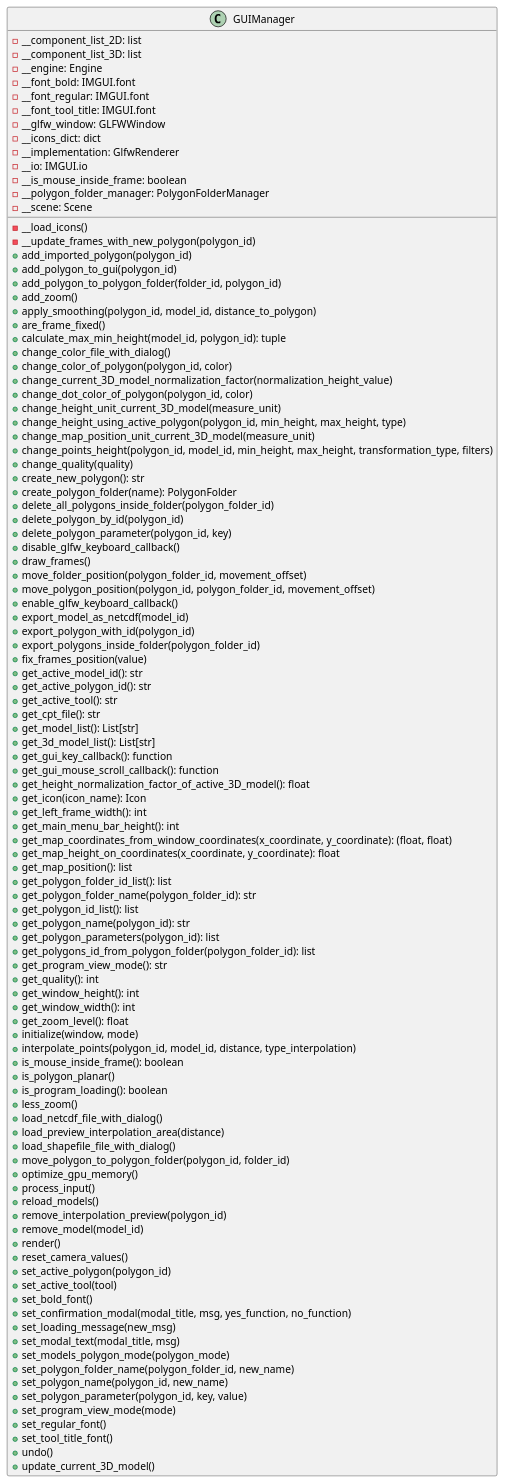
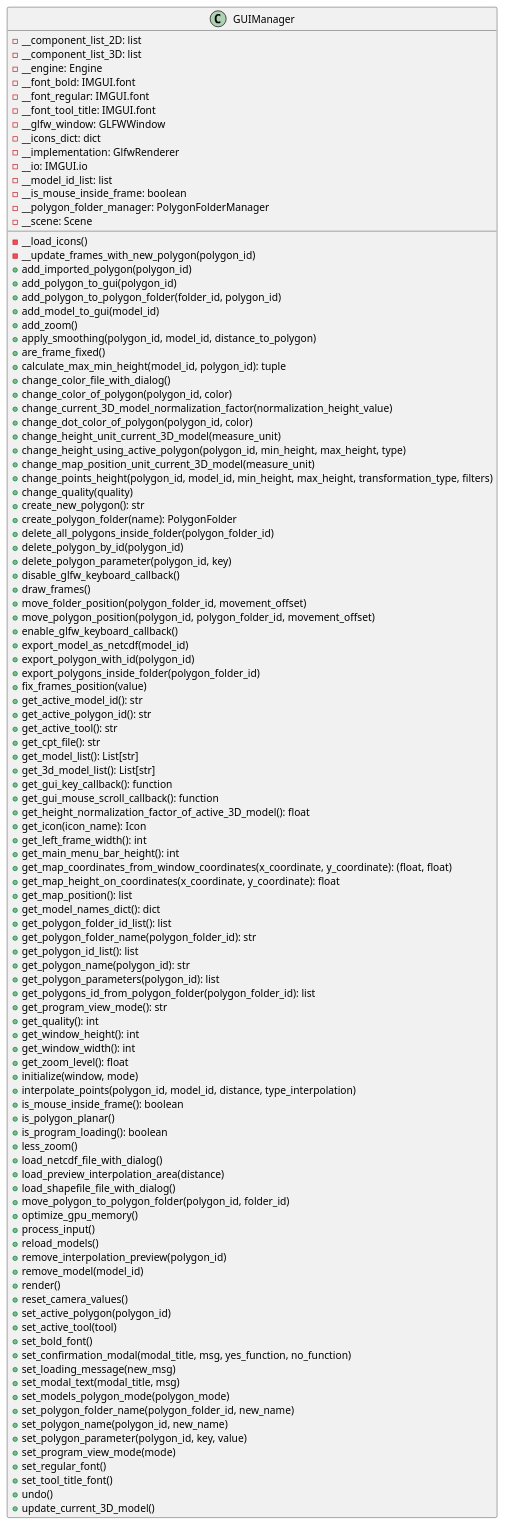
One commit to ferpoble2/Relief_Creator changed the diagram in docs/classes/GUIManager.puml. Above: the diagram before and after it, drawn with PlantUML. The commit also changed 3 other files, not shown here.

First line of the commit message:
Added method add_model_to_gui.

```diff
--- a/docs/classes/GUIManager.puml
+++ b/docs/classes/GUIManager.puml
@@ -1,109 +1,112 @@
 @startuml
 'https://plantuml.com/class-diagram
 class GUIManager{
     - __component_list_2D: list
     - __component_list_3D: list
     - __engine: Engine
     - __font_bold: IMGUI.font
     - __font_regular: IMGUI.font
     - __font_tool_title: IMGUI.font
     - __glfw_window: GLFWWindow
     - __icons_dict: dict
     - __implementation: GlfwRenderer
     - __io: IMGUI.io
+    - __model_id_list: list
     - __is_mouse_inside_frame: boolean
     - __polygon_folder_manager: PolygonFolderManager
     - __scene: Scene
 
     - __load_icons()
     - __update_frames_with_new_polygon(polygon_id)
     + add_imported_polygon(polygon_id)
     + add_polygon_to_gui(polygon_id)
     + add_polygon_to_polygon_folder(folder_id, polygon_id)
+    + add_model_to_gui(model_id)
     + add_zoom()
     + apply_smoothing(polygon_id, model_id, distance_to_polygon)
     + are_frame_fixed()
     + calculate_max_min_height(model_id, polygon_id): tuple
     + change_color_file_with_dialog()
     + change_color_of_polygon(polygon_id, color)
     + change_current_3D_model_normalization_factor(normalization_height_value)
     + change_dot_color_of_polygon(polygon_id, color)
     + change_height_unit_current_3D_model(measure_unit)
     + change_height_using_active_polygon(polygon_id, min_height, max_height, type)
     + change_map_position_unit_current_3D_model(measure_unit)
     + change_points_height(polygon_id, model_id, min_height, max_height, transformation_type, filters)
     + change_quality(quality)
     + create_new_polygon(): str
     + create_polygon_folder(name): PolygonFolder
     + delete_all_polygons_inside_folder(polygon_folder_id)
     + delete_polygon_by_id(polygon_id)
     + delete_polygon_parameter(polygon_id, key)
     + disable_glfw_keyboard_callback()
     + draw_frames()
     + move_folder_position(polygon_folder_id, movement_offset)
     + move_polygon_position(polygon_id, polygon_folder_id, movement_offset)
     + enable_glfw_keyboard_callback()
     + export_model_as_netcdf(model_id)
     + export_polygon_with_id(polygon_id)
     + export_polygons_inside_folder(polygon_folder_id)
     + fix_frames_position(value)
     + get_active_model_id(): str
     + get_active_polygon_id(): str
     + get_active_tool(): str
     + get_cpt_file(): str
     + get_model_list(): List[str]
     + get_3d_model_list(): List[str]
     + get_gui_key_callback(): function
     + get_gui_mouse_scroll_callback(): function
     + get_height_normalization_factor_of_active_3D_model(): float
     + get_icon(icon_name): Icon
     + get_left_frame_width(): int
     + get_main_menu_bar_height(): int
     + get_map_coordinates_from_window_coordinates(x_coordinate, y_coordinate): (float, float)
     + get_map_height_on_coordinates(x_coordinate, y_coordinate): float
     + get_map_position(): list
+    + get_model_names_dict(): dict
     + get_polygon_folder_id_list(): list
     + get_polygon_folder_name(polygon_folder_id): str
     + get_polygon_id_list(): list
     + get_polygon_name(polygon_id): str
     + get_polygon_parameters(polygon_id): list
     + get_polygons_id_from_polygon_folder(polygon_folder_id): list
     + get_program_view_mode(): str
     + get_quality(): int
     + get_window_height(): int
     + get_window_width(): int
     + get_zoom_level(): float
     + initialize(window, mode)
     + interpolate_points(polygon_id, model_id, distance, type_interpolation)
     + is_mouse_inside_frame(): boolean
     + is_polygon_planar()
     + is_program_loading(): boolean
     + less_zoom()
     + load_netcdf_file_with_dialog()
     + load_preview_interpolation_area(distance)
     + load_shapefile_file_with_dialog()
     + move_polygon_to_polygon_folder(polygon_id, folder_id)
     + optimize_gpu_memory()
     + process_input()
     + reload_models()
     + remove_interpolation_preview(polygon_id)
     + remove_model(model_id)
     + render()
     + reset_camera_values()
     + set_active_polygon(polygon_id)
     + set_active_tool(tool)
     + set_bold_font()
     + set_confirmation_modal(modal_title, msg, yes_function, no_function)
     + set_loading_message(new_msg)
     + set_modal_text(modal_title, msg)
     + set_models_polygon_mode(polygon_mode)
     + set_polygon_folder_name(polygon_folder_id, new_name)
     + set_polygon_name(polygon_id, new_name)
     + set_polygon_parameter(polygon_id, key, value)
     + set_program_view_mode(mode)
     + set_regular_font()
     + set_tool_title_font()
     + undo()
     + update_current_3D_model()
 }
 @enduml
```
